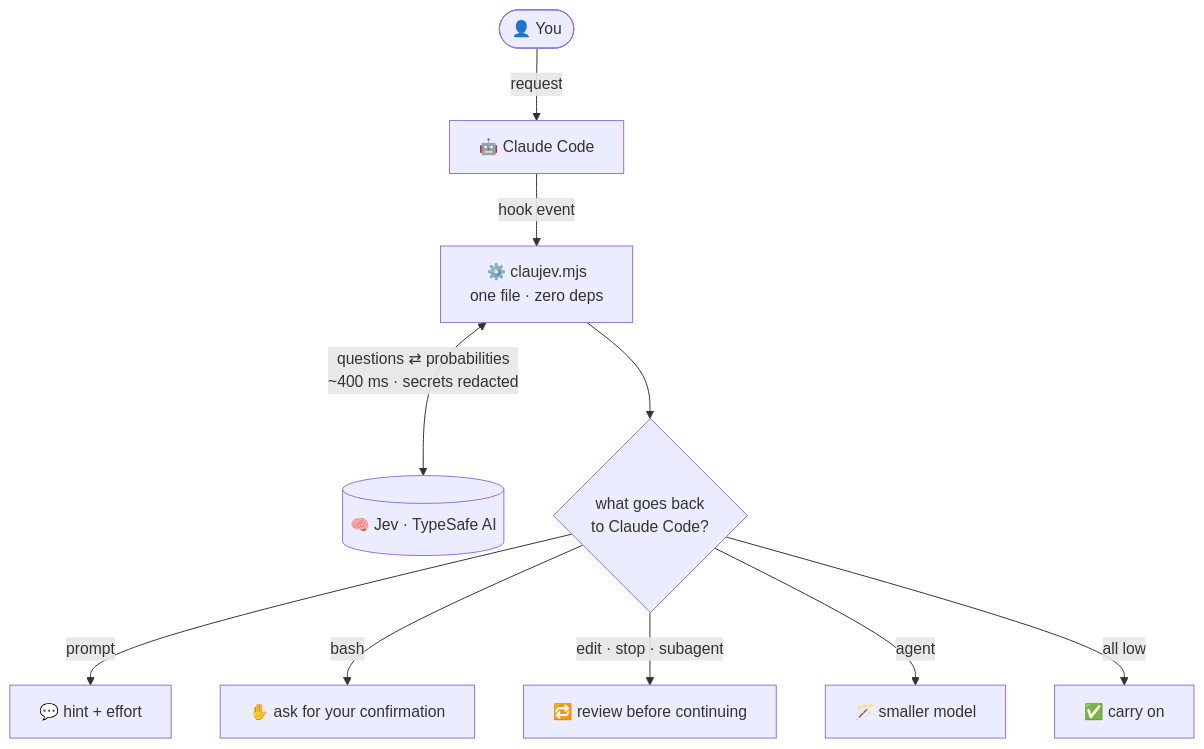
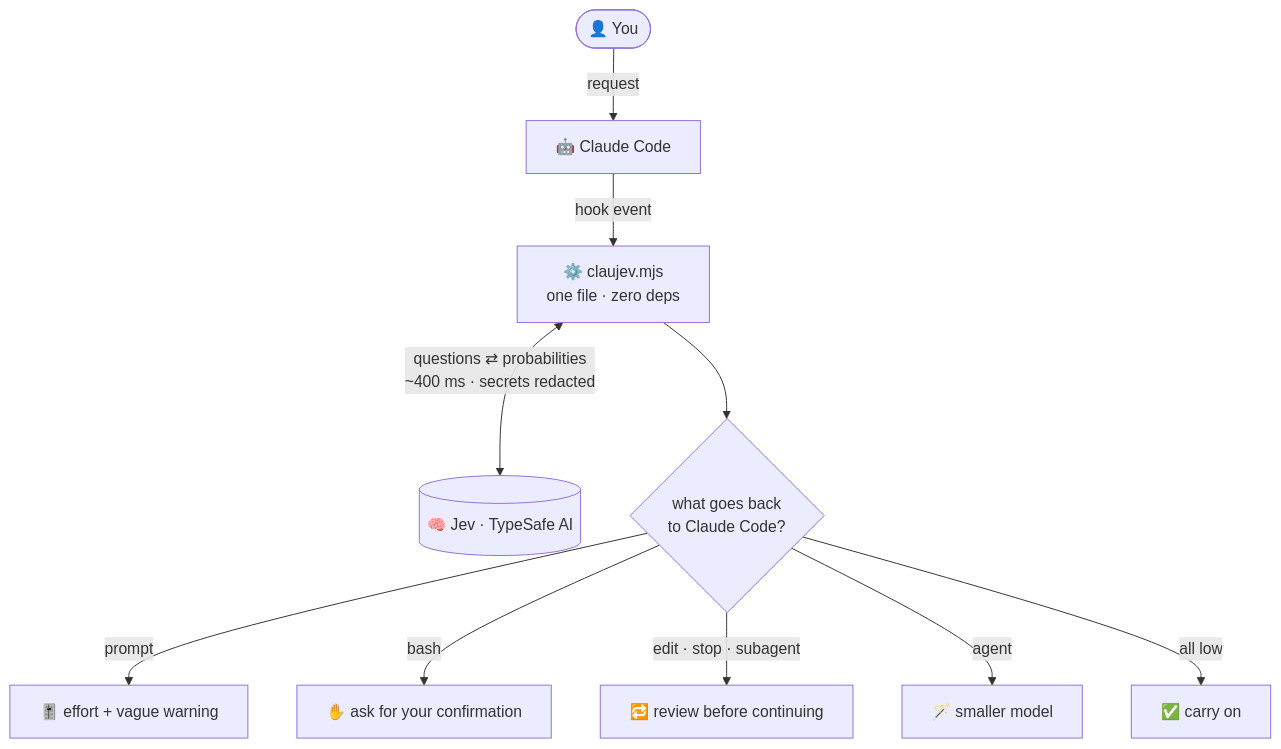
Before and after one commit to Civalski/claujev: the first of 2 diagrams in README.md, drawn with Mermaid. The commit also changed other lines of this file and 8 other files, not shown here.

````diff
--- a/README.md
+++ b/README.md
@@ -77,12 +84,12 @@
 ```mermaid
 flowchart TB
     U(["👤 You"]) -->|request| CC["🤖 Claude Code"]
     CC -->|"hook event"| CJ["⚙️ claujev.mjs<br/>one file · zero deps"]
     CJ <-->|"questions ⇄ probabilities<br/>~400 ms · secrets redacted"| JEV[("🧠 Jev · TypeSafe AI")]
     CJ --> R{"what goes back<br/>to Claude Code?"}
-    R -->|"prompt"| A1["💬 hint + effort"]
+    R -->|"prompt"| A1["🎚️ effort + vague warning"]
     R -->|"bash"| A2["✋ ask for your confirmation"]
     R -->|"edit · stop · subagent"| A3["🔁 review before continuing"]
     R -->|"agent"| A4["🪄 smaller model"]
     R -->|"all low"| A5["✅ carry on"]
 ```
````
